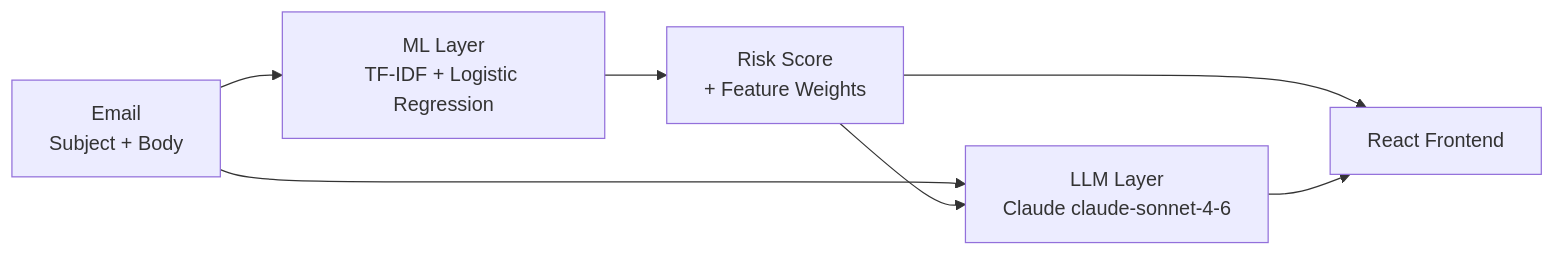
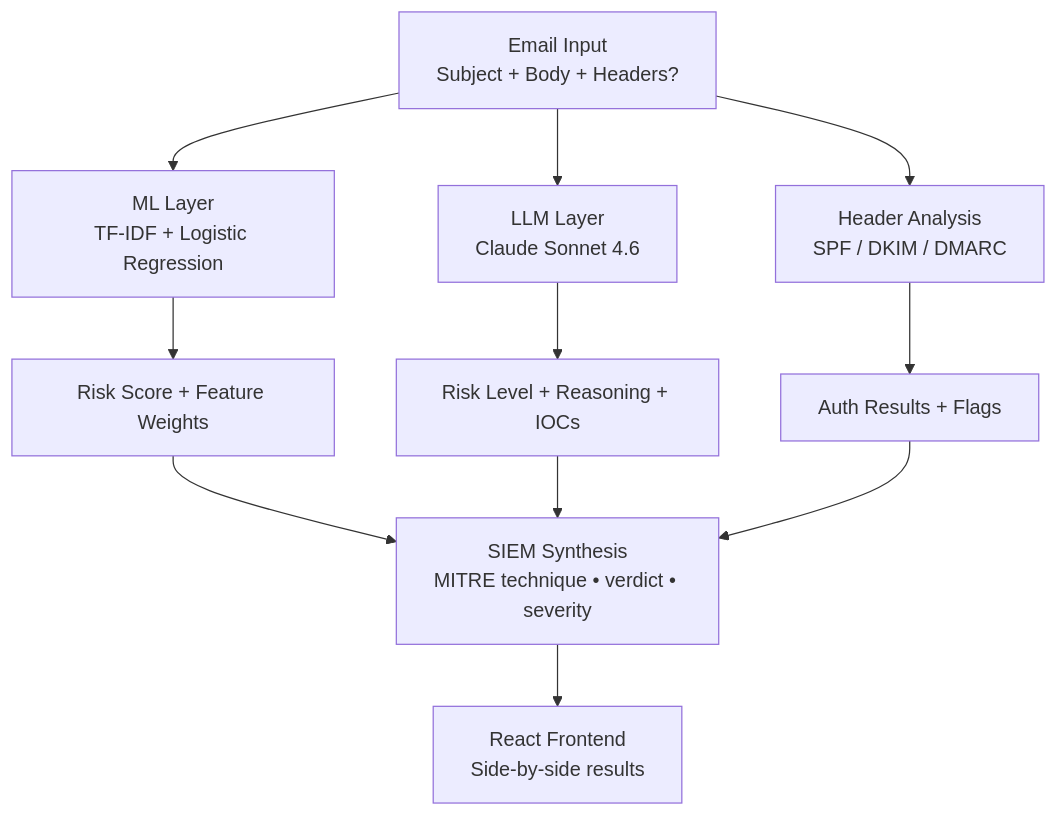
One commit to Rblea97/ai-phishing-detector-portfolio changed the diagram in README.md. Above: the diagram before and after it, drawn with Mermaid. The commit also changed other lines of this file, not shown here.

Commit message:
docs: overhaul README with MITRE coverage, threat model, Q&A, fix OpenAPI link

````diff
--- a/README.md
+++ b/README.md
@@ -54,9 +58,14 @@
 ```mermaid
-flowchart LR
-    A["Email\nSubject + Body"] --> B["ML Layer\nTF-IDF + Logistic Regression"]
-    B --> C["Risk Score\n+ Feature Weights"]
-    A --> D["LLM Layer\nClaude claude-sonnet-4-6"]
-    C --> D
-    C --> E["React Frontend"]
-    D --> E
+flowchart TD
+    A["Email Input\nSubject + Body + Headers?"]
+    A --> B["ML Layer\nTF-IDF + Logistic Regression"]
+    A --> C["LLM Layer\nClaude Sonnet 4.6"]
+    A --> D["Header Analysis\nSPF / DKIM / DMARC"]
+    B --> E["Risk Score + Feature Weights"]
+    C --> F["Risk Level + Reasoning + IOCs"]
+    D --> G["Auth Results + Flags"]
+    E --> H["SIEM Synthesis\nMITRE technique • verdict • severity"]
+    F --> H
+    G --> H
+    H --> I["React Frontend\nSide-by-side results"]
 ```
````
